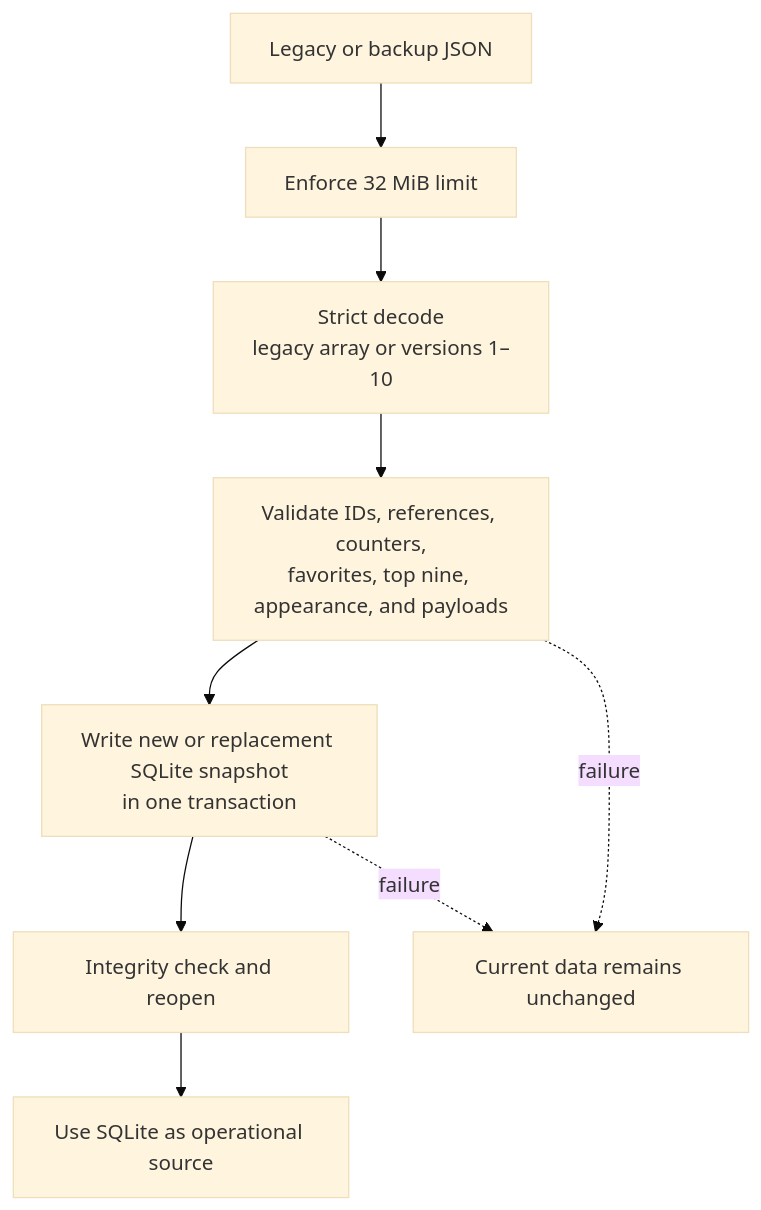
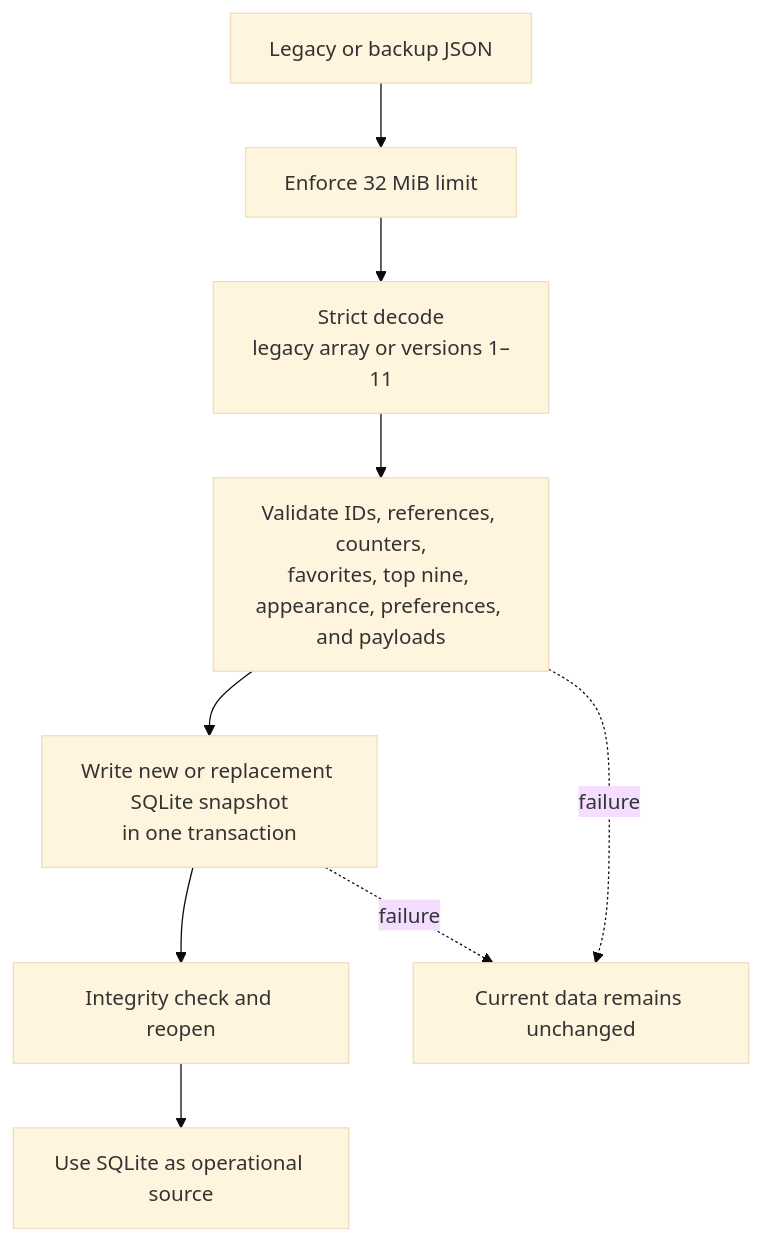
Before and after one commit to GMkonan/honne: the fourth of 5 diagrams in DIAGRAMS.MD, drawn with Mermaid (base theme). The commit also changed other lines of this file and 31 other files, not shown here.

````diff
--- a/DIAGRAMS.MD
+++ b/DIAGRAMS.MD
@@ -124,12 +124,12 @@
 ```mermaid
 flowchart TD
     Input[Legacy or backup JSON] --> Limit[Enforce 32 MiB limit]
-    Limit --> Decode[Strict decode\nlegacy array or versions 1–10]
-    Decode --> Validate[Validate IDs, references, counters,\nfavorites, top nine, appearance, and payloads]
+    Limit --> Decode[Strict decode\nlegacy array or versions 1–11]
+    Decode --> Validate[Validate IDs, references, counters,\nfavorites, top nine, appearance, preferences, and payloads]
     Validate --> Tx[Write new or replacement SQLite snapshot\nin one transaction]
     Tx --> Integrity[Integrity check and reopen]
     Integrity --> Ready[Use SQLite as operational source]
 
     Validate -. failure .-> Unchanged[Current data remains unchanged]
     Tx -. failure .-> Unchanged
 ```
````
